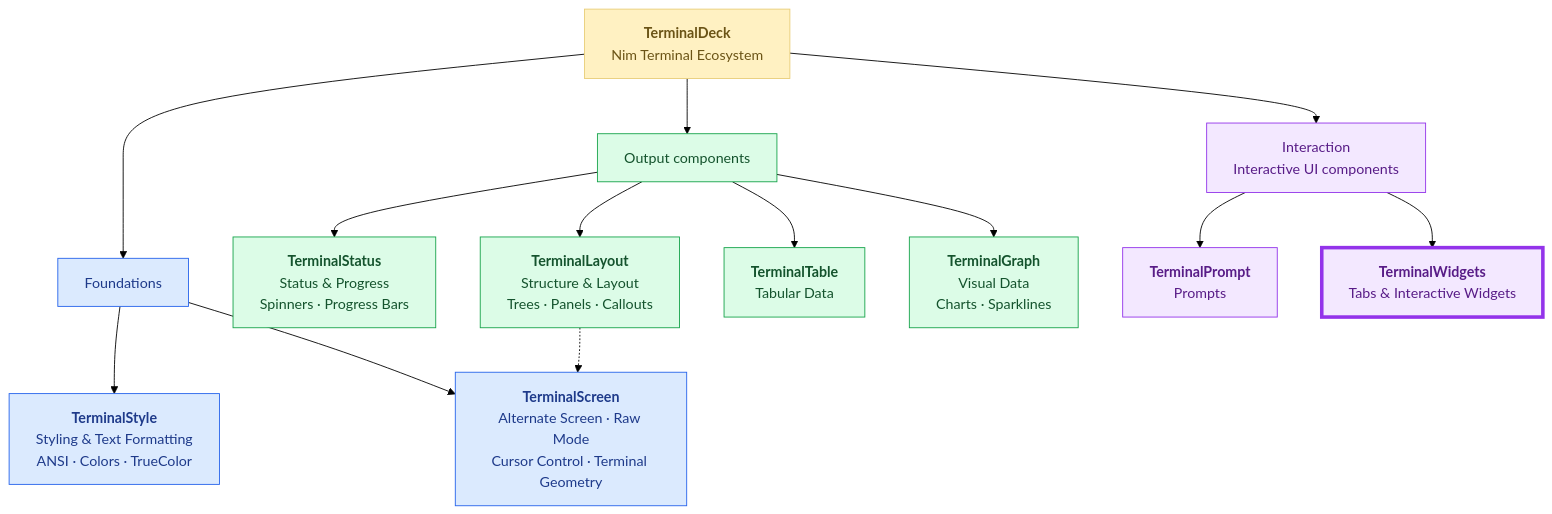
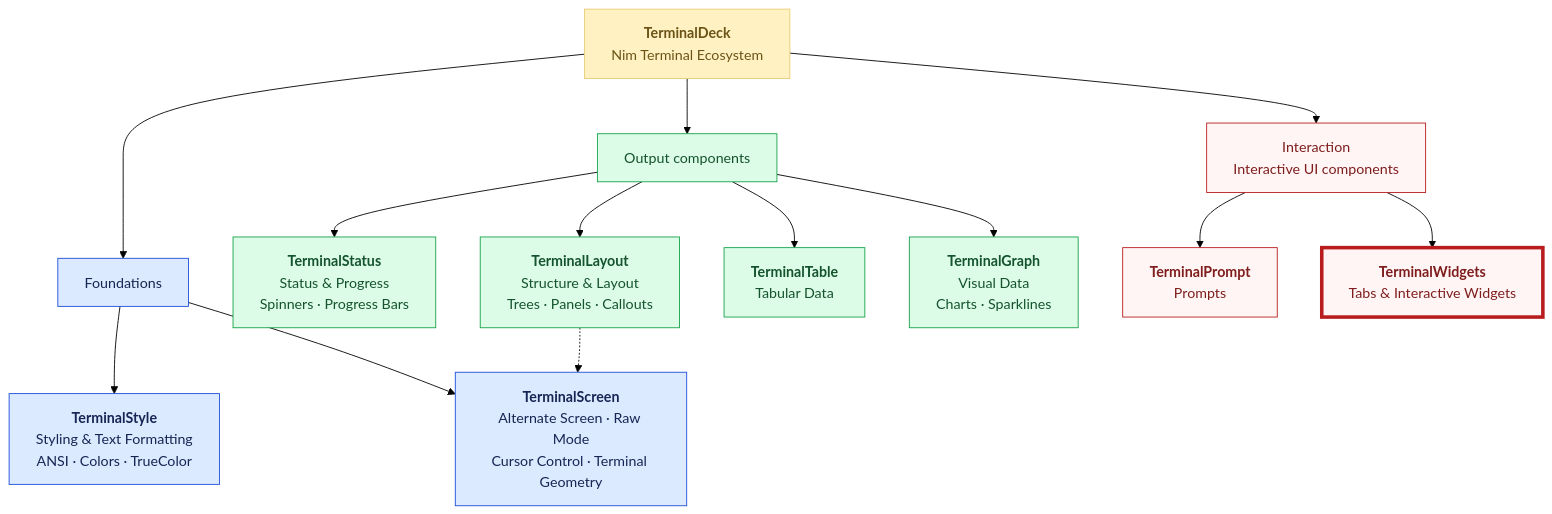
One commit to titanomachy/terminal-widgets changed the diagram in README.md. Above: the diagram before and after it, drawn with Mermaid (forest theme).

Commit message:
Refactor TerminalDeck diagram

````diff
--- a/README.md
+++ b/README.md
@@ -25,33 +25,33 @@
 ```mermaid
 flowchart TB
   terminalDeck["<b>TerminalDeck</b><br/>Nim Terminal Ecosystem"]
 
   terminalDeck --> foundations["Foundations"]
   terminalDeck --> outputComponents["Output components"]
   terminalDeck --> interaction["Interaction<br/>Interactive UI components"]
 
   foundations --> terminalStyle["<b>TerminalStyle</b><br/>Styling & Text Formatting<br/>ANSI · Colors · TrueColor"]
   foundations --> terminalScreen["<b>TerminalScreen</b><br/>Alternate Screen · Raw Mode<br/>Cursor Control · Terminal Geometry"]
 
   outputComponents --> terminalStatus["<b>TerminalStatus</b><br/>Status & Progress<br/>Spinners · Progress Bars"]
   outputComponents --> terminalLayout["<b>TerminalLayout</b><br/>Structure & Layout<br/>Trees · Panels · Callouts"]
   outputComponents --> terminalTable["<b>TerminalTable</b><br/>Tabular Data"]
   outputComponents --> terminalGraph["<b>TerminalGraph</b><br/>Visual Data<br/>Charts · Sparklines"]
 
   interaction --> terminalPrompt["<b>TerminalPrompt</b><br/>Prompts"]
   interaction --> terminalWidgets["<b>TerminalWidgets</b><br/>Tabs & Interactive Widgets<br/>"]
 
   terminalLayout -.-> terminalScreen
 
   classDef deckColor fill:#fff1c2,stroke:#e8cd78,color:#6b5416;
-  classDef foundationColor fill:#dbeafe,stroke:#2563eb,color:#1e3a8a;
+  classDef foundationColor fill:#dbeafe,stroke:#1d4ed8,color:#172554;
   classDef outputColor fill:#dcfce7,stroke:#16a34a,color:#14532d;
-  classDef interactionColor fill:#f3e8ff,stroke:#9333ea,color:#581c87;
-  classDef currentPackage stroke:#9333ea,stroke-width:4px;
+  classDef interactionColor fill:#fff5f5,stroke:#b91c1c,color:#7f1d1d;
+  classDef currentPackage stroke:#b91c1c,stroke-width:4px;
 
   class terminalDeck deckColor;
   class foundations,terminalStyle,terminalScreen foundationColor;
   class outputComponents,terminalStatus,terminalLayout,terminalTable,terminalGraph outputColor;
   class interaction,terminalPrompt,terminalWidgets interactionColor;
   class terminalWidgets currentPackage;
 ```
````
